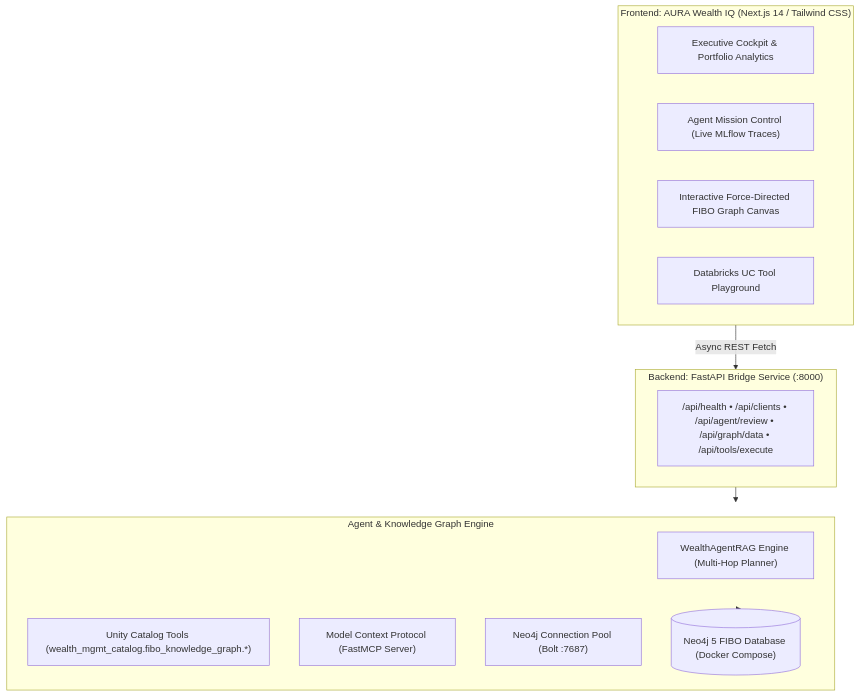
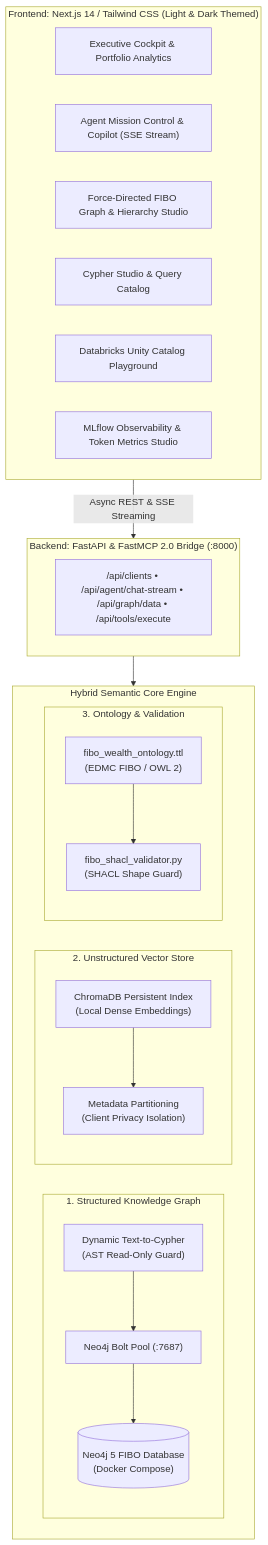
One commit to Ganesh-K-Indium/AuraIQ changed the diagram in README.md. Above: the diagram before and after it, drawn with Mermaid. The commit also changed other lines of this file and 1 other file, not shown here.

````diff
--- a/README.md
+++ b/README.md
@@ -19,25 +24,39 @@
 ```mermaid
 flowchart TD
-    subgraph FrontendApp["Frontend: AURA Wealth IQ (Next.js 14 / Tailwind CSS)"]
+    subgraph FrontendApp["Frontend: Next.js 14 / Tailwind CSS (Light & Dark Themed)"]
         Cockpit["Executive Cockpit & Portfolio Analytics"]
-        MissionControl["Agent Mission Control (Live MLflow Traces)"]
-        GraphExplorer["Interactive Force-Directed FIBO Graph Canvas"]
-        UCPortal["Databricks UC Tool Playground"]
+        MissionControl["Agent Mission Control & Copilot (SSE Stream)"]
+        GraphExplorer["Force-Directed FIBO Graph & Hierarchy Studio"]
+        CypherStudio["Cypher Studio & Query Catalog"]
+        UCPortal["Databricks Unity Catalog Playground"]
+        Observability["MLflow Observability & Token Metrics Studio"]
     end
 
-    subgraph BackendAPI["Backend: FastAPI Bridge Service (:8000)"]
-        Endpoints["/api/health • /api/clients • /api/agent/review • /api/graph/data • /api/tools/execute"]
+    subgraph BackendAPI["Backend: FastAPI & FastMCP 2.0 Bridge (:8000)"]
+        APIEndpoints["/api/clients • /api/agent/chat-stream • /api/graph/data • /api/tools/execute"]
     end
 
-    subgraph CoreEngine["Agent & Knowledge Graph Engine"]
-        AgentCore["WealthAgentRAG Engine (Multi-Hop Planner)"]
-        UCTools["Unity Catalog Tools (wealth_mgmt_catalog.fibo_knowledge_graph.*)"]
-        FastMCP["Model Context Protocol (FastMCP Server)"]
-        Neo4jClient["Neo4j Connection Pool (Bolt :7687)"]
-        Neo4jDB[("Neo4j 5 FIBO Database (Docker Compose)")]
+    subgraph HybridCore["Hybrid Semantic Core Engine"]
+        subgraph GraphEngine ["1. Structured Knowledge Graph"]
+            TextToCypher["Dynamic Text-to-Cypher\n(AST Read-Only Guard)"]
+            Neo4jClient["Neo4j Bolt Pool (:7687)"]
+            Neo4jDB[("Neo4j 5 FIBO Database\n(Docker Compose)")]
+            TextToCypher --> Neo4jClient --> Neo4jDB
+        end
+
+        subgraph VectorEngine ["2. Unstructured Vector Store"]
+            ChromaStore["ChromaDB Persistent Index\n(Local Dense Embeddings)"]
+            ClientScoping["Metadata Partitioning\n(Client Privacy Isolation)"]
+            ChromaStore --> ClientScoping
+        end
+
+        subgraph ValidationEngine ["3. Ontology & Validation"]
+            FiboTTL["fibo_wealth_ontology.ttl\n(EDMC FIBO / OWL 2)"]
+            SHACL["fibo_shacl_validator.py\n(SHACL Shape Guard)"]
+            FiboTTL --> SHACL
+        end
     end
 
-    FrontendApp -->|Async REST Fetch| BackendAPI
-    BackendAPI --> CoreEngine
-    CoreEngine --> Neo4jDB
+    FrontendApp -->|Async REST & SSE Streaming| BackendAPI
+    BackendAPI --> HybridCore
 ```
````
